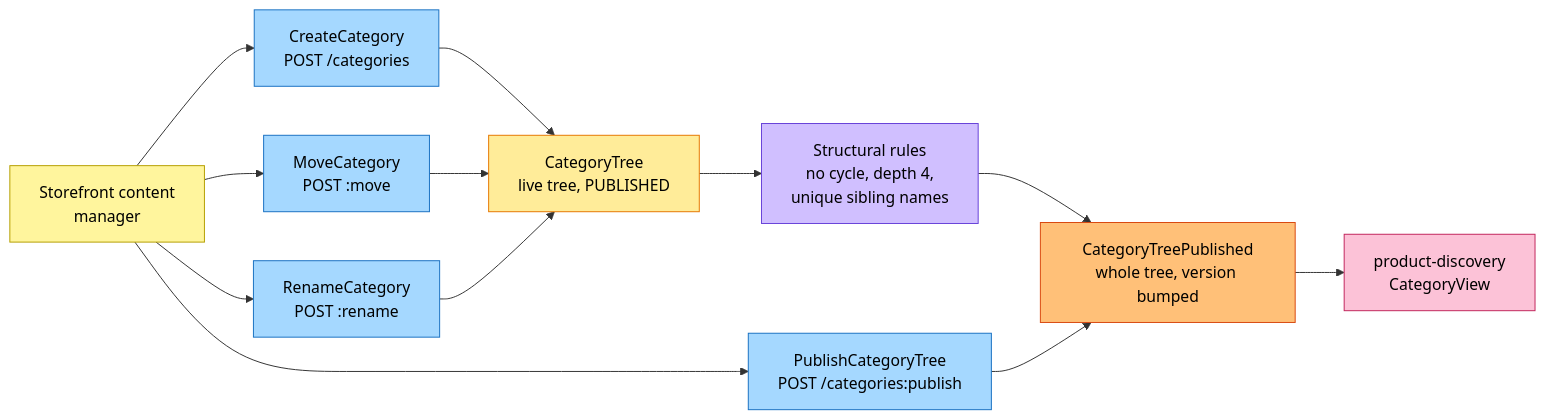
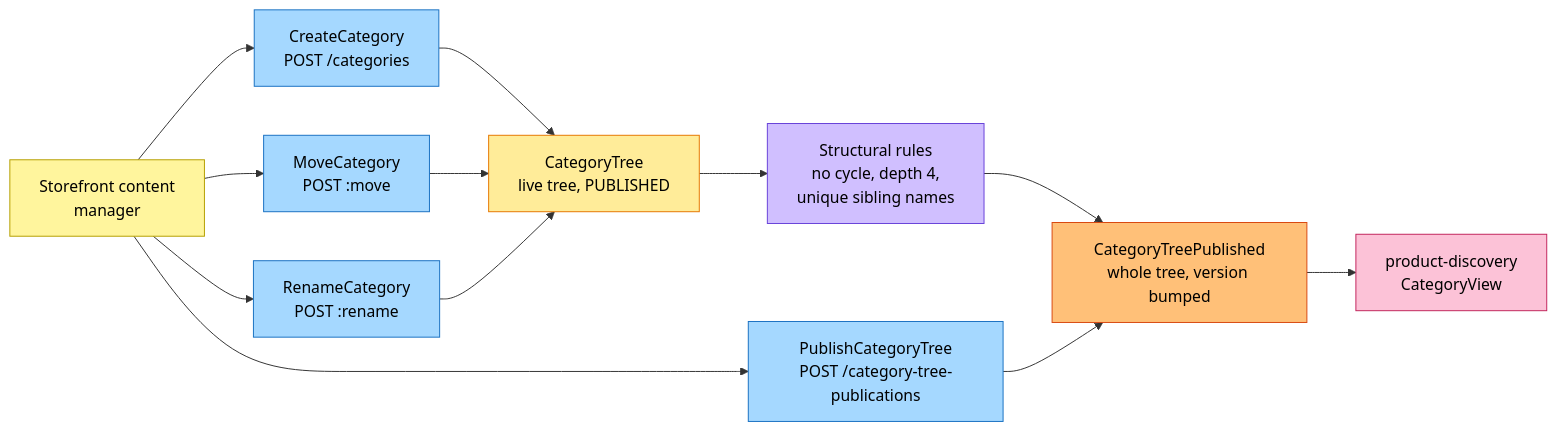
One commit to IQVO/warehouse-docs changed the second of 3 diagrams in storefront/docs/contexts/product-content/eventstorming.md. Above: the diagram before and after it, drawn with Mermaid. The commit also changed other lines of this file and 272 other files, not shown here.

````diff
--- a/storefront/docs/contexts/product-content/eventstorming.md
+++ b/storefront/docs/contexts/product-content/eventstorming.md
@@ -86,28 +86,28 @@
 ```mermaid
 flowchart LR
     CM["Storefront content<br/>manager"]:::actor
     C1["CreateCategory<br/>POST /categories"]:::command
     C2["MoveCategory<br/>POST :move"]:::command
     C3["RenameCategory<br/>POST :rename"]:::command
     G2["CategoryTree<br/>live tree, PUBLISHED"]:::aggregate
     P2["Structural rules<br/>no cycle, depth 4,<br/>unique sibling names"]:::policy
-    C4["PublishCategoryTree<br/>POST /categories:publish"]:::command
+    C4["PublishCategoryTree<br/>POST /category-tree-publications"]:::command
     E2["CategoryTreePublished<br/>whole tree, version bumped"]:::event
     PD["product-discovery<br/>CategoryView"]:::external
 
     CM --> C1 --> G2
     CM --> C2 --> G2
     CM --> C3 --> G2
     G2 --> P2 --> E2
     CM --> C4 --> E2
     E2 --> PD
 
     classDef actor fill:#fff59d,stroke:#b59f00,color:#000
     classDef command fill:#a5d8ff,stroke:#1971c2,color:#000
     classDef aggregate fill:#ffec99,stroke:#e67700,color:#000
     classDef event fill:#ffc078,stroke:#d9480f,color:#000
     classDef policy fill:#d0bfff,stroke:#6741d9,color:#000
     classDef readmodel fill:#b2f2bb,stroke:#2f9e44,color:#000
     classDef external fill:#fcc2d7,stroke:#c2255c,color:#000
     classDef hotspot fill:#ff8787,stroke:#c92a2a,color:#000
 ```
````
